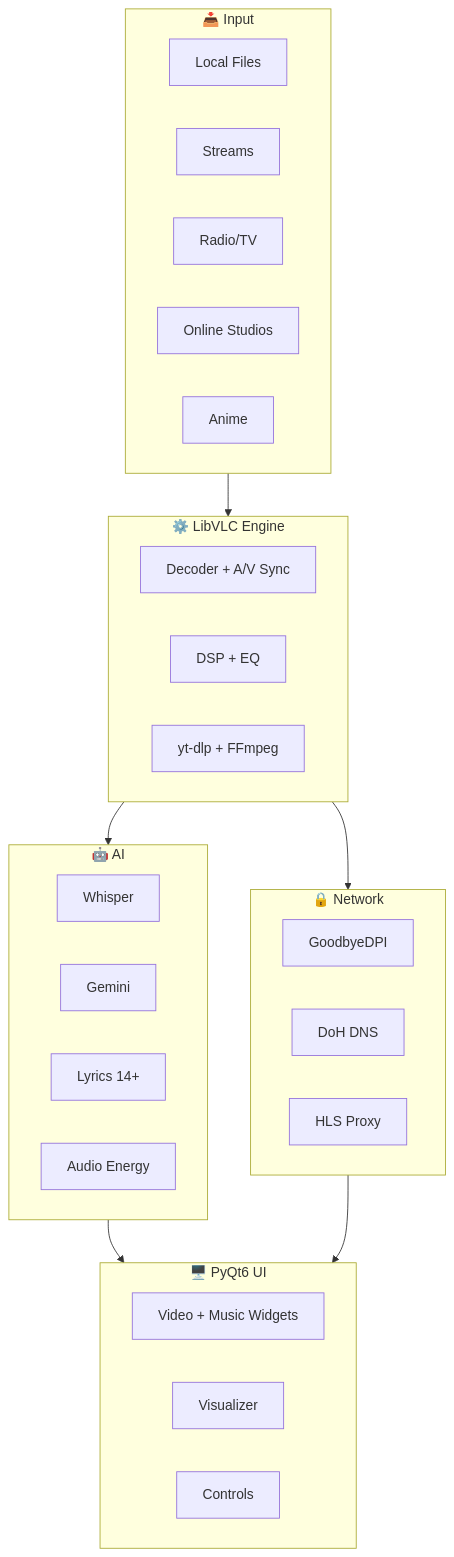
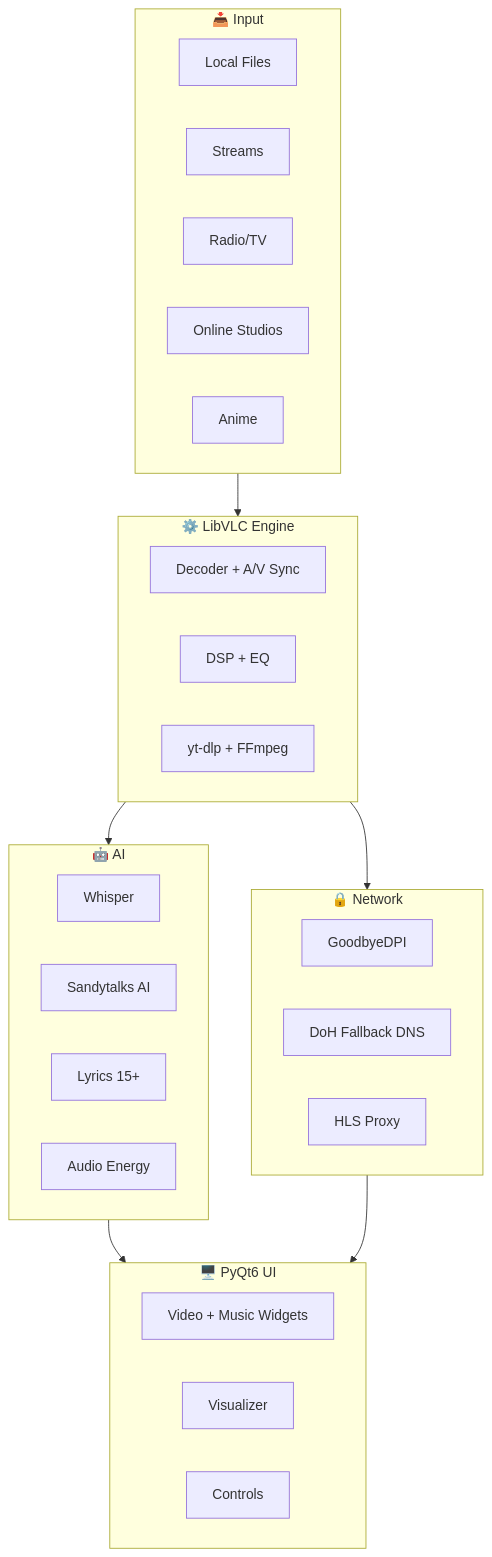
Before and after one commit to sandytalks/SANDYPLAY: the second of 2 diagrams in README.md, drawn with Mermaid. The commit also changed other lines of this file, not shown here.

````diff
--- a/README.md
+++ b/README.md
@@ -475,20 +522,20 @@
 ```mermaid
 graph TB
     subgraph INPUT["📥 Input"]
         L["Local Files"] & S["Streams"] & R["Radio/TV"] & O["Online Studios"] & AN["Anime"]
     end
     subgraph CORE["⚙️ LibVLC Engine"]
         VLC["Decoder + A/V Sync"] & DSP["DSP + EQ"] & DL["yt-dlp + FFmpeg"]
     end
     subgraph AI["🤖 AI"]
-        W["Whisper"] & G["Gemini"] & LY["Lyrics 14+"] & AE["Audio Energy"]
+        W["Whisper"] & G["Sandytalks AI"] & LY["Lyrics 15+"] & AE["Audio Energy"]
     end
     subgraph NET["🔒 Network"]
-        VPN["GoodbyeDPI"] & DOH["DoH DNS"] & PROXY["HLS Proxy"]
+        VPN["GoodbyeDPI"] & DOH["DoH Fallback DNS"] & PROXY["HLS Proxy"]
     end
     subgraph UI["🖥️ PyQt6 UI"]
         VW["Video + Music Widgets"] & VIS["Visualizer"] & CB["Controls"]
     end
     INPUT --> CORE --> AI --> UI
     CORE --> NET --> UI
 ```
````
